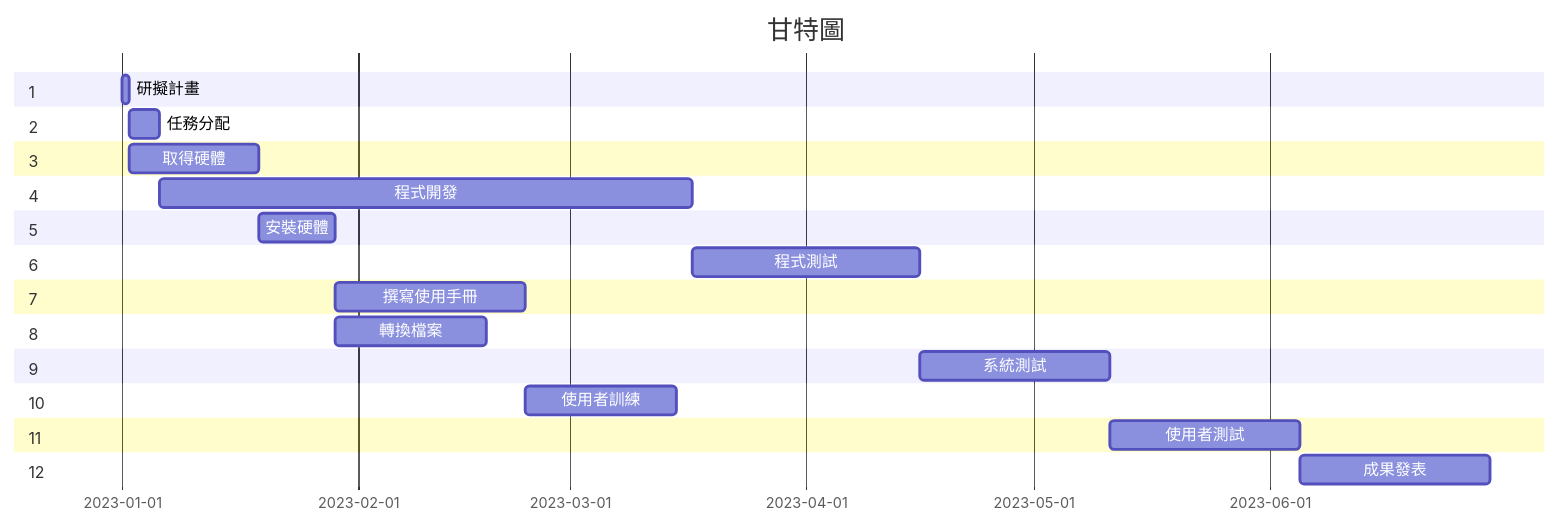
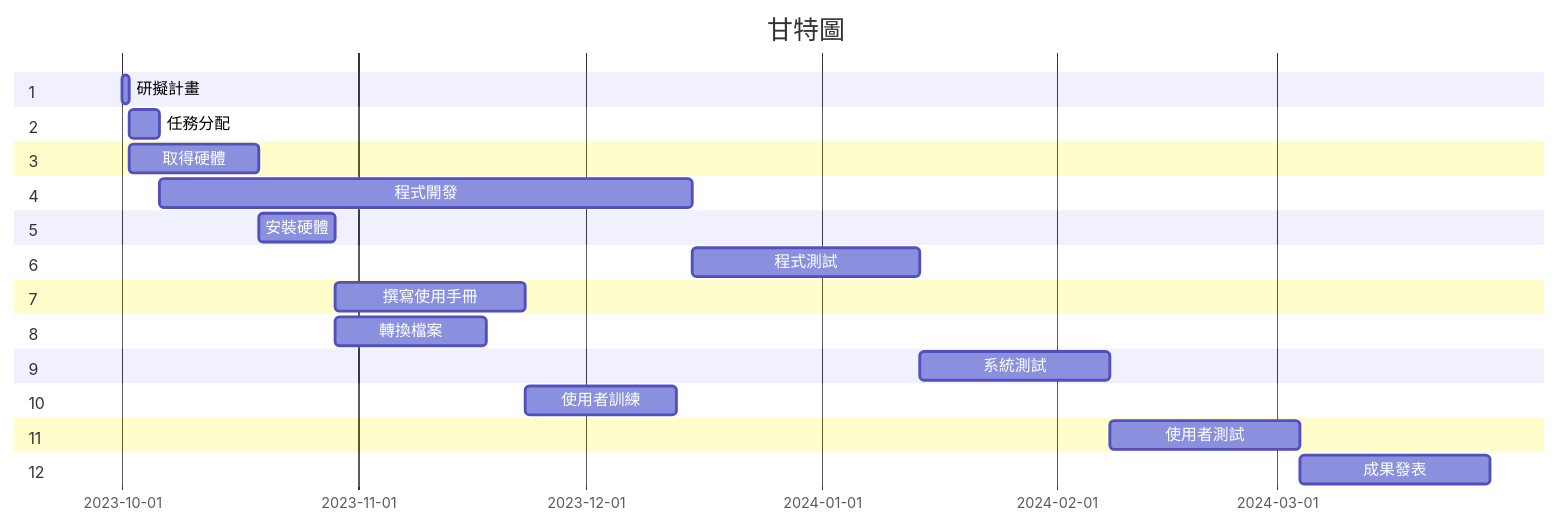
The diagram in hw2.md (kuzmashot/team-6), drawn with Mermaid before and after one commit.

````diff
--- a/hw2.md
+++ b/hw2.md
@@ -16,30 +16,30 @@
 ```mermaid
 gantt
     title 甘特圖
 
     section 1
-    研擬計畫           :a1, 2023-01-01, 1d
+    研擬計畫           :a1, 2023-10-01, 1d
     section 2
     任務分配      :a2, after a1  , 4d
     section 3
     取得硬體      :a3, after a1  , 17d
     section 4
     程式開發      :a4, after a2  , 70d
     section 5
     安裝硬體      :a5, after a3  , 10d
     section 6
     程式測試      :a6, after a4  , 30d
     section 7
     撰寫使用手冊      :a7, after a5  , 25d
     section 8
     轉換檔案      :a8, after a5  , 20d
     section 9
     系統測試      :a9, after a6  , 25d
     section 10
     使用者訓練      :a10, after a7 and a8  , 20d
     section 11
     使用者測試      :a11, after a9 and a10  , 25d
     section 12
     成果發表      :a12, after a11  , 25d
 
 ```
````
